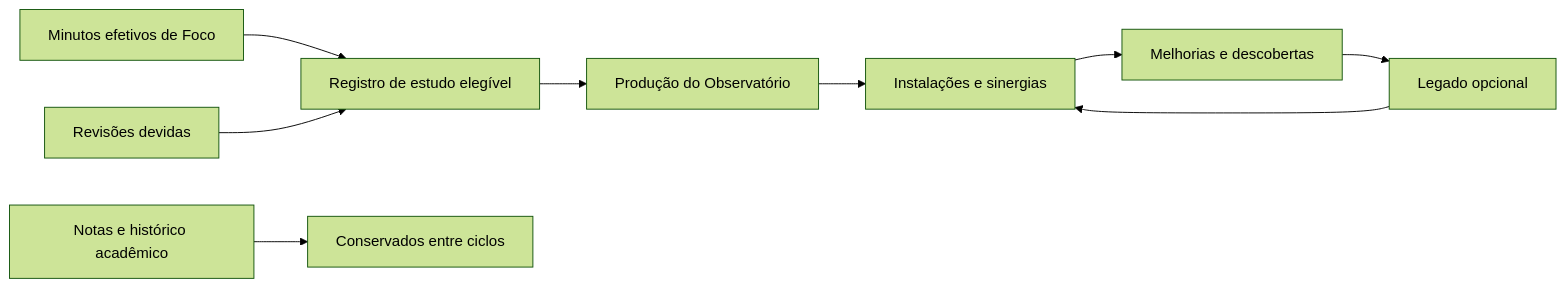
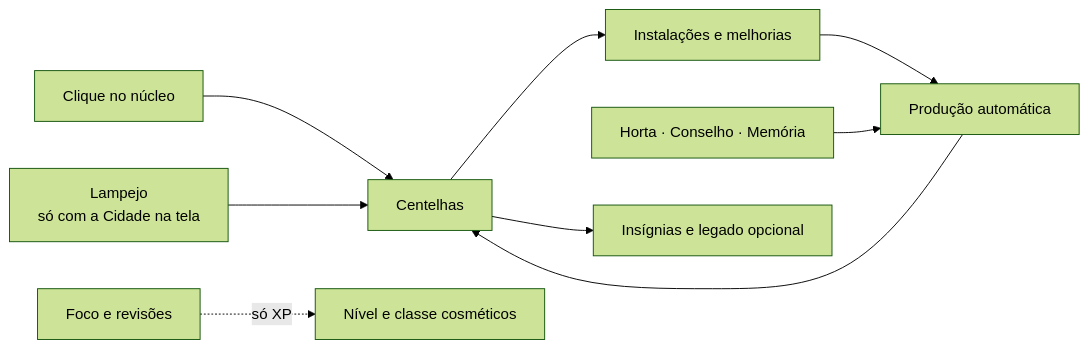
One commit to rafafrd/Nodus changed the second of 3 diagrams in README.md. Above: the diagram before and after it, drawn with Mermaid (forest theme). The commit also changed other lines of this file and 51 other files, not shown here.

````diff
--- a/README.md
+++ b/README.md
@@ -149,11 +148,11 @@
 ```mermaid
 flowchart LR
-  Focus["Minutos efetivos de Foco"] --> Receipt["Registro de estudo elegível"]
-  Review["Revisões devidas"] --> Receipt
-  Receipt --> City["Produção do Observatório"]
-  City --> Network["Instalações e sinergias"]
-  Network --> Discoveries["Melhorias e descobertas"]
-  Discoveries --> Legacy["Legado opcional"]
-  Legacy --> Network
-  Notes["Notas e histórico acadêmico"] --> Preserve["Conservados entre ciclos"]
+  Core["Clique no núcleo"] --> Sparks["Centelhas"]
+  Prod["Produção automática"] --> Sparks
+  Sparks --> Shop["Instalações e melhorias"]
+  Shop --> Prod
+  Flash["Lampejo<br/>só com a Cidade na tela"] --> Sparks
+  Garden["Horta · Conselho · Memória"] --> Prod
+  Sparks --> Legacy["Insígnias e legado opcional"]
+  Study["Foco e revisões"] -.->|"só XP"| Profile["Nível e classe cosméticos"]
 ```
````
